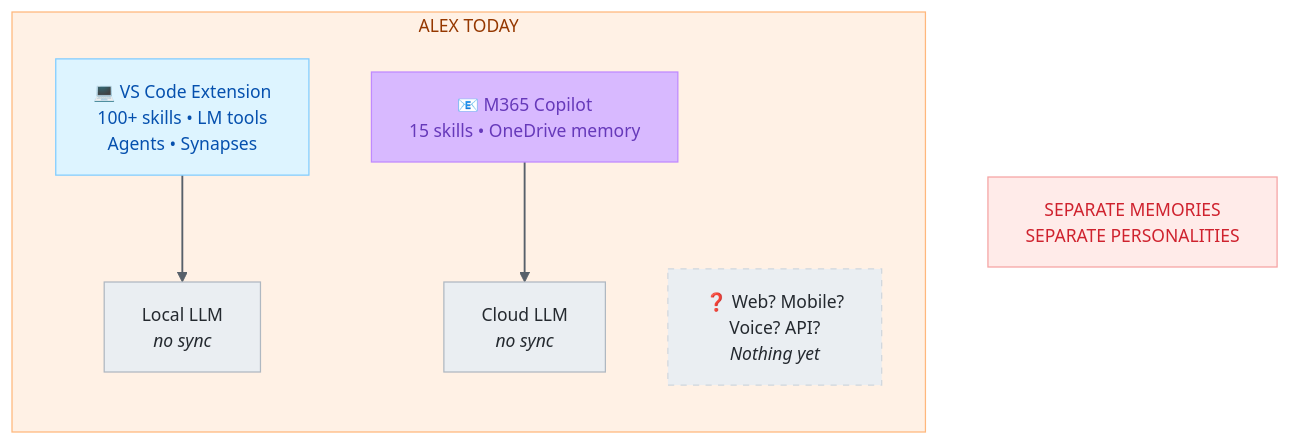
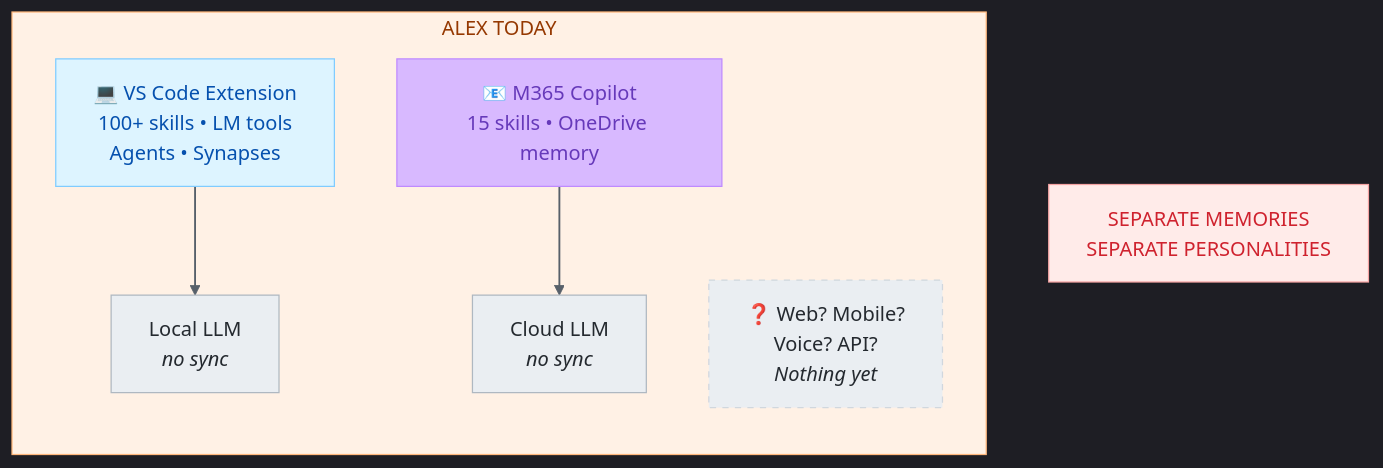
The first of 2 diagrams in alex_docs/architecture/ALEX-AS-A-SERVICE-VISION.md (fabioc-aloha/Alex_Plug_In), drawn with Mermaid before and after one commit. The commit also changed other lines of this file and 13 other files, not shown here.

Commit message:
brand(M4.8-4.10): mermaid theme snippet + inject CorreaX theme into arch diagrams + standardize badge colors

````diff
--- a/alex_docs/architecture/ALEX-AS-A-SERVICE-VISION.md
+++ b/alex_docs/architecture/ALEX-AS-A-SERVICE-VISION.md
@@ -19,25 +19,25 @@
 ```mermaid
-%%{init: {'theme': 'base', 'themeVariables': {'fontSize': '14px'}}}%%
+%%{init: {'theme': 'dark', 'themeVariables': {'background': '#0f172a', 'primaryColor': '#1e293b', 'primaryTextColor': '#f1f5f9', 'primaryBorderColor': '#818cf8', 'lineColor': '#475569', 'secondaryColor': '#1e293b', 'secondaryBorderColor': '#2dd4bf', 'tertiaryColor': '#1e293b', 'fontFamily': 'Segoe UI, system-ui, sans-serif'}}}%%
 flowchart TD
     subgraph Today["ALEX TODAY"]
         direction TB
         VS["💻 VS Code Extension<br/>100+ skills • LM tools<br/>Agents • Synapses"] --> LLM1["Local LLM<br/><i>no sync</i>"]
         M3["📧 M365 Copilot<br/>15 skills • OneDrive memory"] --> LLM2["Cloud LLM<br/><i>no sync</i>"]
         Future["❓ Web? Mobile?<br/>Voice? API?<br/><i>Nothing yet</i>"]
     end
 
     note["SEPARATE MEMORIES<br/>SEPARATE PERSONALITIES"]
 
     classDef prod fill:#ddf4ff,color:#0550ae,stroke:#80ccff
     classDef secondary fill:#d8b9ff,color:#6639ba,stroke:#bf8aff
     classDef future fill:#eaeef2,color:#24292f,stroke:#d0d7de,stroke-dasharray: 5 5
     classDef warn fill:#ffebe9,color:#cf222e,stroke:#f5a3a3
     classDef neutral fill:#eaeef2,color:#24292f,stroke:#afb8c1
     class VS prod
     class M3 secondary
     class Future future
     class note warn
     class LLM1,LLM2 neutral
     style Today fill:#fff1e5,color:#953800,stroke:#ffb77c
     linkStyle default stroke:#57606a,stroke-width:1.5px
 ```
````
